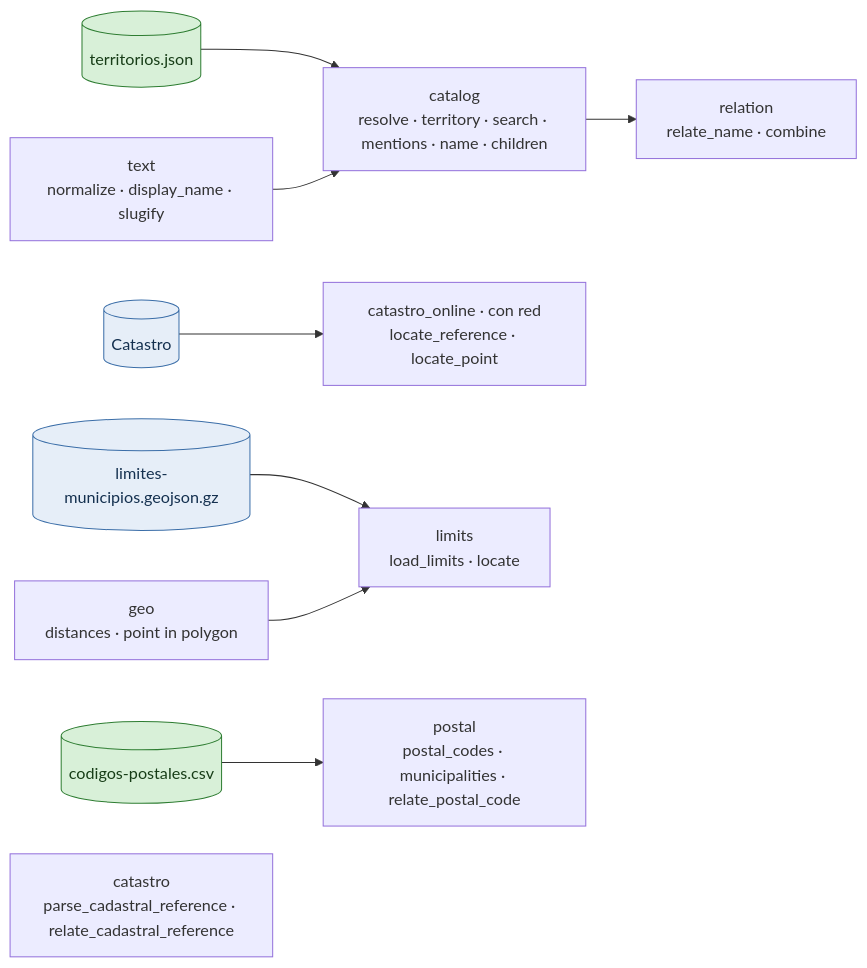
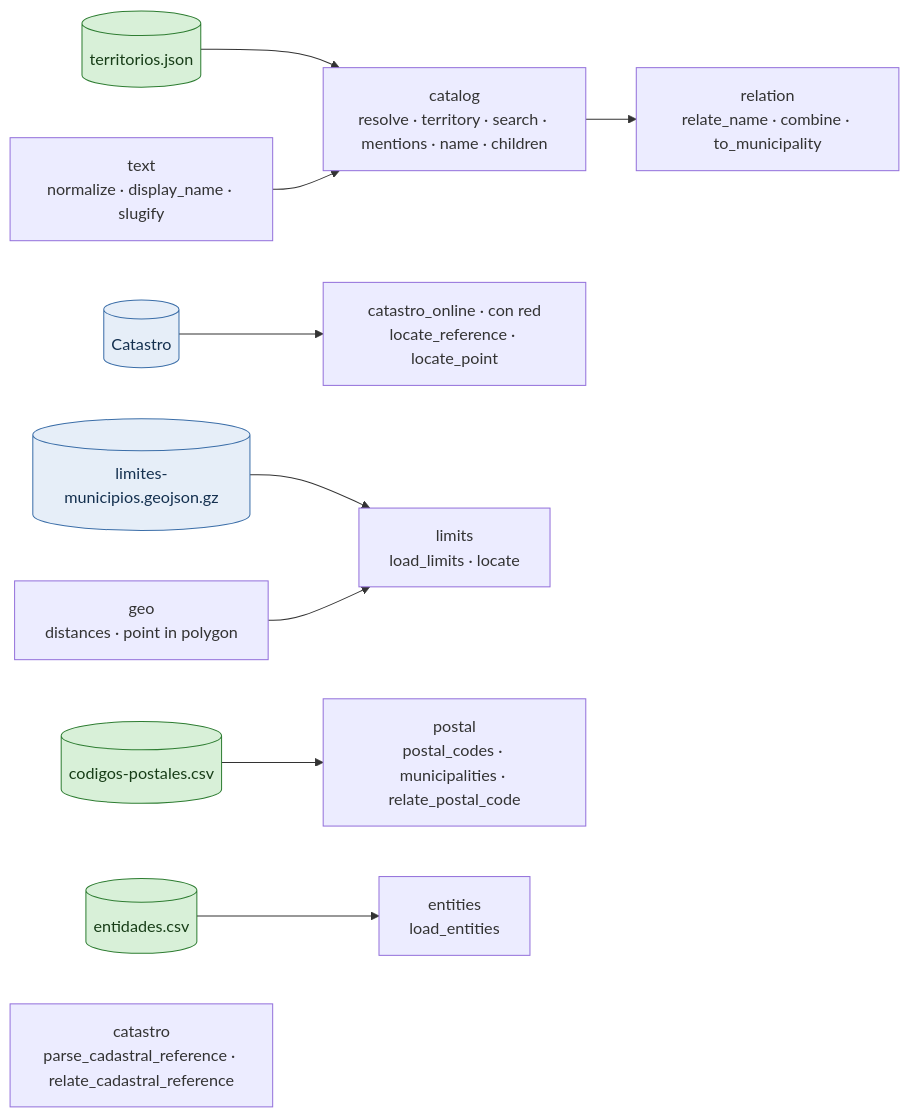
Before and after one commit to alertapublica/territorios-es: the sixth of 6 diagrams in docs/estado.md, drawn with Mermaid. The commit also changed other lines of this file and 34 other files, not shown here.

````diff
--- a/docs/estado.md
+++ b/docs/estado.md
@@ -384,26 +389,29 @@
 ```mermaid
 flowchart LR
   accTitle: Librería
   d_Catastro[("Catastro")]:::box
   d_codigos_postales_csv[("codigos-postales.csv")]:::done
+  d_entidades_csv[("entidades.csv")]:::done
   d_limites_municipios_geojson_gz[("limites-municipios.geojson.gz")]:::box
   d_territorios_json[("territorios.json")]:::done
   m_catalog["catalog<br>resolve · territory · search · mentions · name · children"]
   d_territorios_json --> m_catalog
-  m_relation["relation<br>relate_name · combine"]
+  m_relation["relation<br>relate_name · combine · to_municipality"]
   m_text["text<br>normalize · display_name · slugify"]
   m_geo["geo<br>distances · point in polygon"]
   m_catastro["catastro<br>parse_cadastral_reference · relate_cadastral_reference"]
   m_catastro_online["catastro_online · con red<br>locate_reference · locate_point"]
   d_Catastro --> m_catastro_online
   m_limits["limits<br>load_limits · locate"]
   d_limites_municipios_geojson_gz --> m_limits
   m_postal["postal<br>postal_codes · municipalities · relate_postal_code"]
   d_codigos_postales_csv --> m_postal
+  m_entities["entities<br>load_entities"]
+  d_entidades_csv --> m_entities
   m_text --> m_catalog
   m_catalog --> m_relation
   m_geo --> m_limits
   classDef done fill:#d8f0d8,stroke:#2e7d32,color:#173d17
   classDef todo fill:#fdecc8,stroke:#b26a00,color:#4a2c00,stroke-dasharray:4 3
   classDef box fill:#e6eef8,stroke:#3b6ea8,color:#14304f
 ```
````
